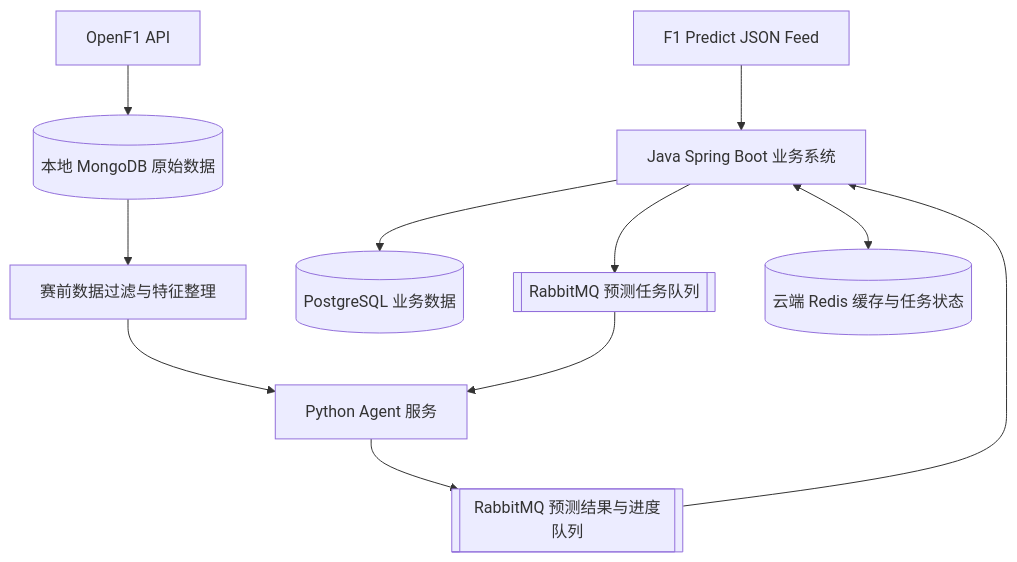
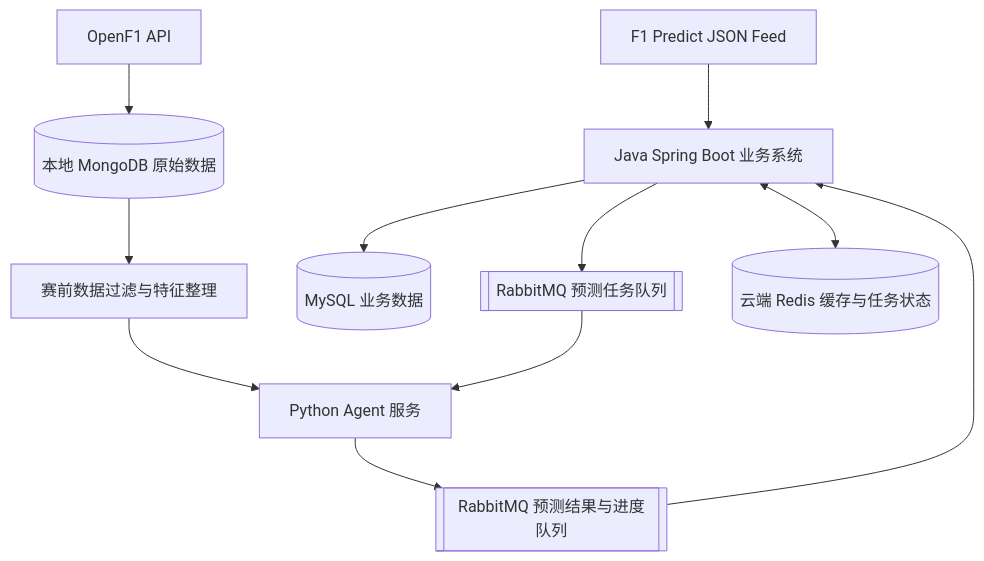
Before and after one commit to xiaob1n/f1-ai-predict: the first of 2 diagrams in f1-ai-predict-feasibility-analysis.md, drawn with Mermaid. The commit also changed other lines of this file and 18 other files, not shown here.

````diff
--- a/f1-ai-predict-feasibility-analysis.md
+++ b/f1-ai-predict-feasibility-analysis.md
@@ -200,13 +200,13 @@
 ```mermaid
 flowchart TD
     F1[F1 Predict JSON Feed] --> JAVA[Java Spring Boot 业务系统]
     OF[OpenF1 API] --> MG[(本地 MongoDB 原始数据)]
     MG --> FEAT[赛前数据过滤与特征整理]
     FEAT --> PY[Python Agent 服务]
-    JAVA --> DB[(PostgreSQL 业务数据)]
+    JAVA --> DB[(MySQL 业务数据)]
     JAVA --> REQ[[RabbitMQ 预测任务队列]]
     REQ --> PY
     PY --> RES[[RabbitMQ 预测结果与进度队列]]
     RES --> JAVA
     JAVA <--> REDIS[(云端 Redis 缓存与任务状态)]
 ```
````
